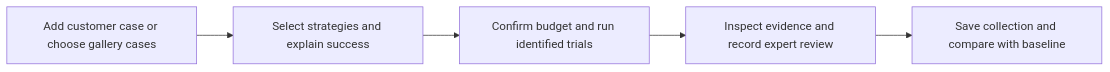
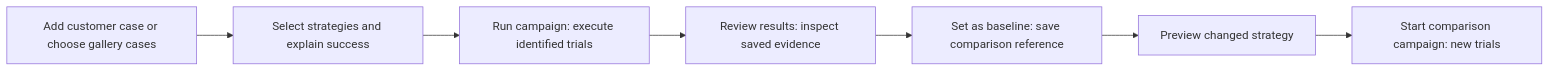
Before and after one commit to niksacdev/rove: the diagram in docs/ux/campaign-workspace-user-journey.md, drawn with Mermaid. The commit also changed other lines of this file and 43 other files, not shown here.

````diff
--- a/docs/ux/campaign-workspace-user-journey.md
+++ b/docs/ux/campaign-workspace-user-journey.md
@@ -19,7 +19,9 @@
 ```mermaid
 flowchart LR
     A[Add customer case or choose gallery cases] --> C[Select strategies and explain success]
-    C --> R[Confirm budget and run identified trials]
-    R --> V[Inspect evidence and record expert review]
-    V --> B[Save collection and compare with baseline]
+    C --> R[Run campaign: execute identified trials]
+    R --> V[Review results: inspect saved evidence]
+    V --> B[Set as baseline: save comparison reference]
+    B --> P[Preview changed strategy]
+    P --> X[Start comparison campaign: new trials]
 ```
````
